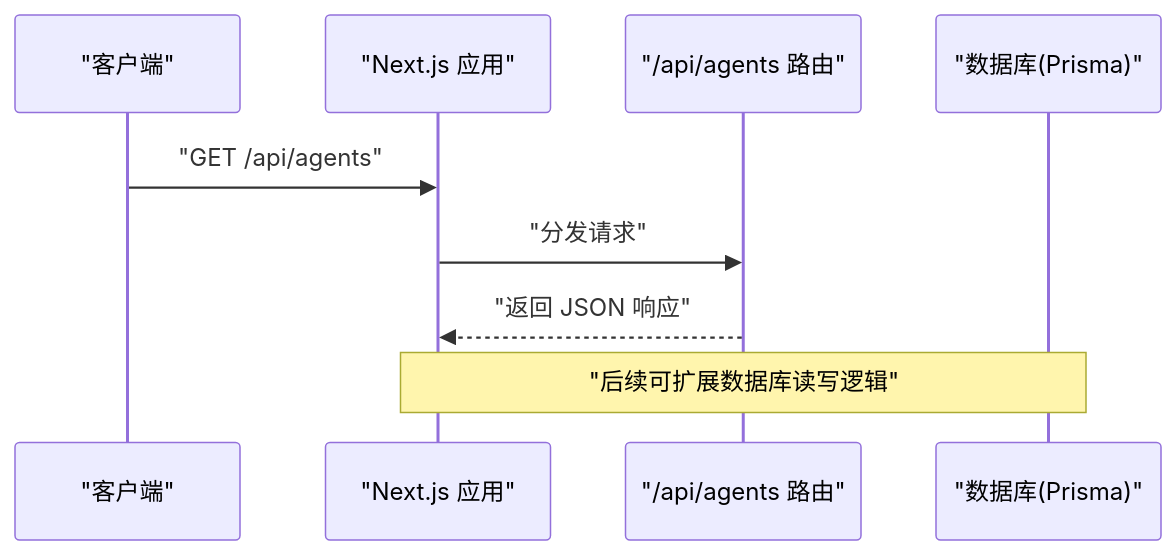
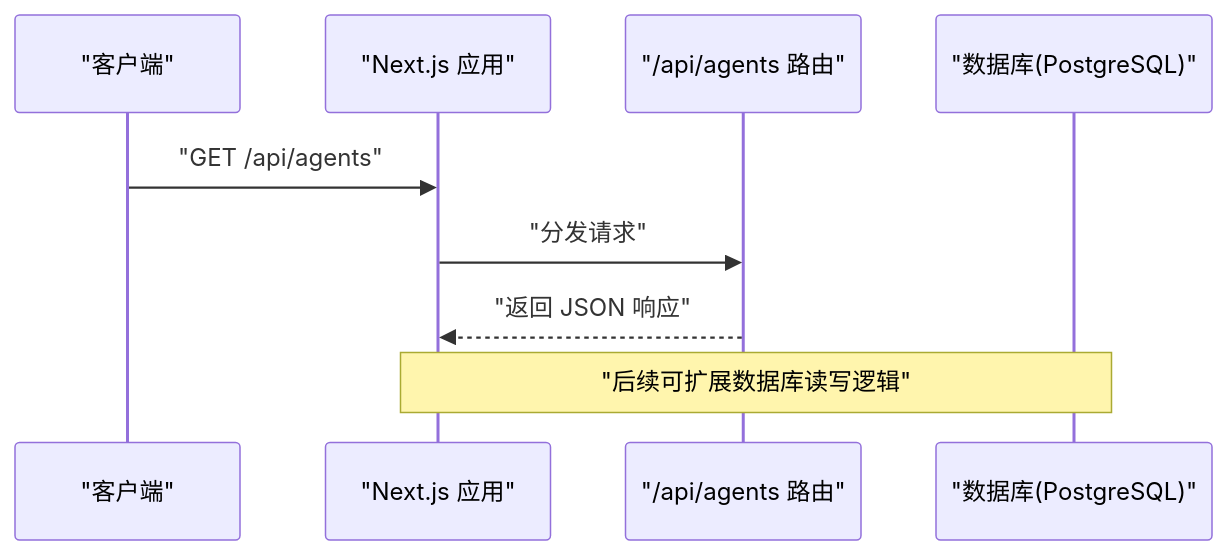
The fifth of 7 diagrams in .qoder/repowiki/zh/content/部署指南.md (ai-guru-global/agent-up), drawn with Mermaid before and after one commit. The commit also changed other lines of this file and 57 other files, not shown here.

````diff
--- a/.qoder/repowiki/zh/content/部署指南.md
+++ b/.qoder/repowiki/zh/content/部署指南.md
@@ -257,11 +228,11 @@
 ```mermaid
 sequenceDiagram
 participant Client as "客户端"
 participant Next as "Next.js 应用"
 participant Route as "/api/agents 路由"
-participant DB as "数据库(Prisma)"
+participant DB as "数据库(PostgreSQL)"
 Client->>Next : "GET /api/agents"
 Next->>Route : "分发请求"
 Route-->>Next : "返回 JSON 响应"
 Note over Next,DB : "后续可扩展数据库读写逻辑"
 ```
````
